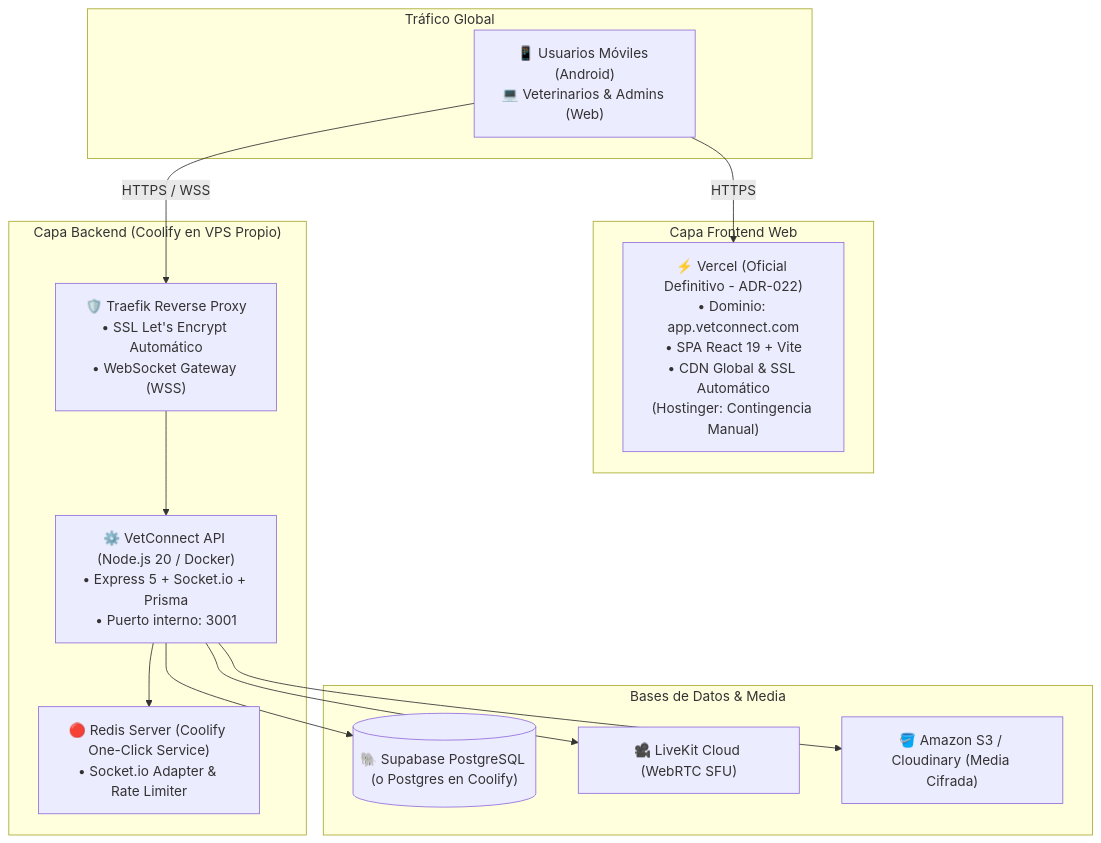
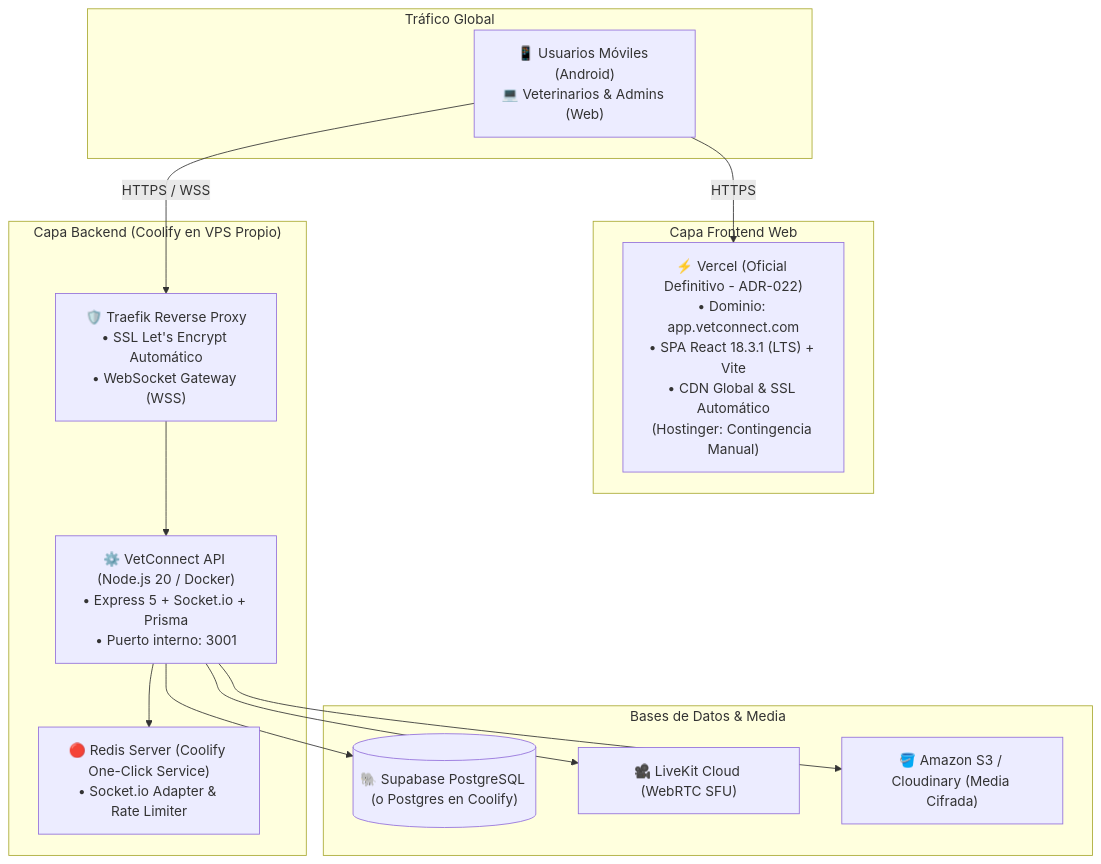
One commit to grupo-pinnacle/VetConnect changed the diagram in docs/DEPLOY.md. Above: the diagram before and after it, drawn with Mermaid. The commit also changed 74 other files, not shown here.

````diff
--- a/docs/DEPLOY.md
+++ b/docs/DEPLOY.md
@@ -9,30 +9,30 @@
 ```mermaid
 flowchart TD
     subgraph Internet["Tráfico Global"]
         Users["📱 Usuarios Móviles (Android)\n💻 Veterinarios & Admins (Web)"]
     end
 
     subgraph WebHosting["Capa Frontend Web"]
-        Vercel["⚡ Vercel (Oficial Definitivo - ADR-022)\n• Dominio: app.vetconnect.com\n• SPA React 19 + Vite\n• CDN Global & SSL Automático\n(Hostinger: Contingencia Manual)"]
+        Vercel["⚡ Vercel (Oficial Definitivo - ADR-022)\n• Dominio: app.vetconnect.com\n• SPA React 18.3.1 (LTS) + Vite\n• CDN Global & SSL Automático\n(Hostinger: Contingencia Manual)"]
     end
 
     subgraph CoolifyVPS["Capa Backend (Coolify en VPS Propio)"]
         Traefik["🛡️ Traefik Reverse Proxy\n• SSL Let's Encrypt Automático\n• WebSocket Gateway (WSS)"]
         NodeApp["⚙️ VetConnect API (Node.js 20 / Docker)\n• Express 5 + Socket.io + Prisma\n• Puerto interno: 3001"]
         RedisServ["🔴 Redis Server (Coolify One-Click Service)\n• Socket.io Adapter & Rate Limiter"]
     end
 
     subgraph DataCloud["Bases de Datos & Media"]
         SupabasePostgres[("🐘 Supabase PostgreSQL (o Postgres en Coolify)")]
         LiveKitCloud["🎥 LiveKit Cloud (WebRTC SFU)"]
         S3Storage["🪣 Amazon S3 / Cloudinary (Media Cifrada)"]
     end
 
     Users -->|HTTPS| Vercel
     Users -->|HTTPS / WSS| Traefik
     Traefik --> NodeApp
     NodeApp --> RedisServ
     NodeApp --> SupabasePostgres
     NodeApp --> LiveKitCloud
     NodeApp --> S3Storage
 ```
````
